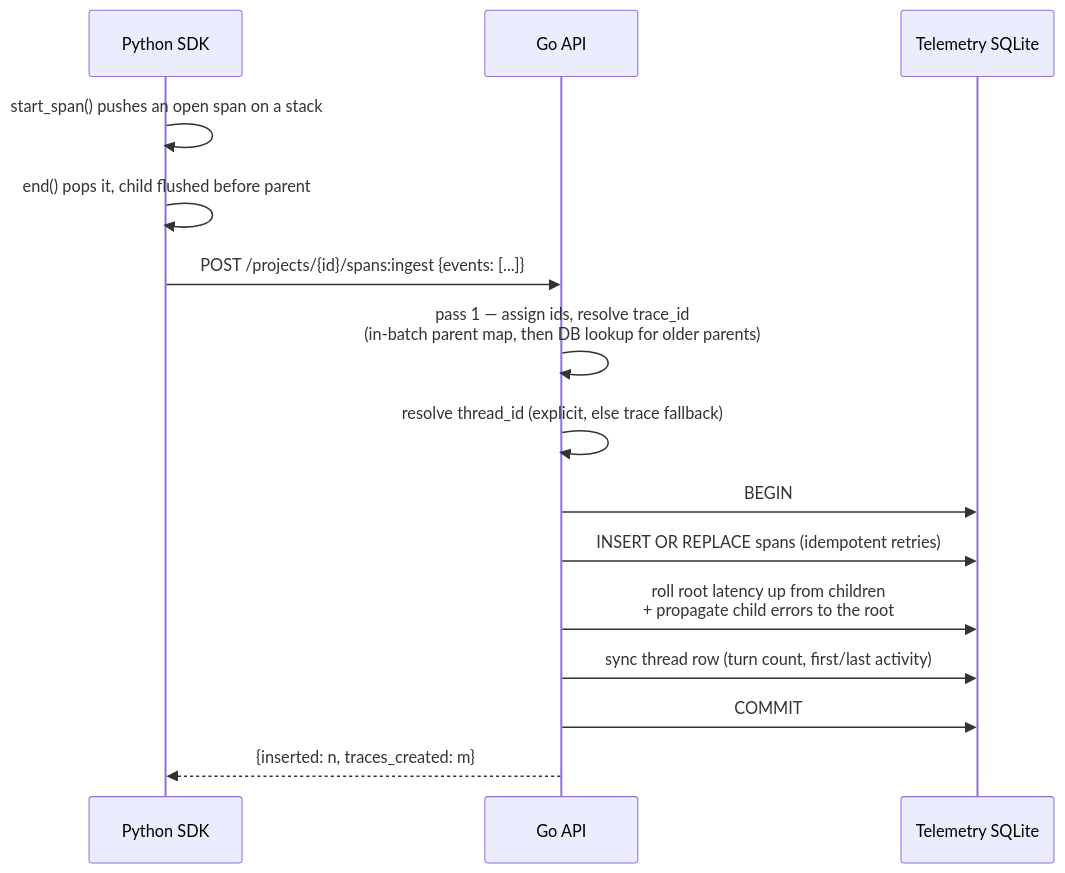
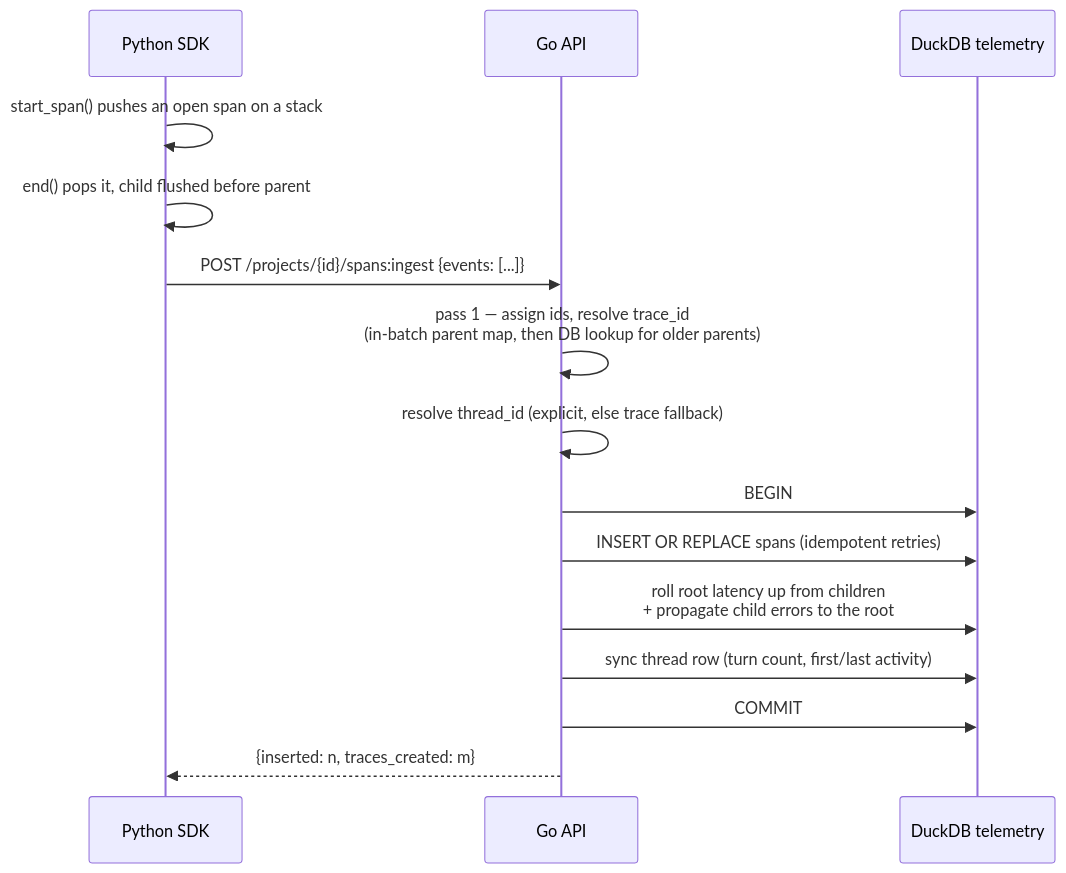
The second of 4 diagrams in ai-eval-platform/docs/ARCHITECTURE.md (archief2910/EvalForger), drawn with Mermaid before and after one commit. The commit also changed other lines of this file and 31 other files, not shown here.

````diff
--- a/ai-eval-platform/docs/ARCHITECTURE.md
+++ b/ai-eval-platform/docs/ARCHITECTURE.md
@@ -68,18 +69,18 @@
 ```mermaid
 sequenceDiagram
   participant SDK as Python SDK
   participant API as Go API
-  participant DB as Telemetry SQLite
+  participant DB as DuckDB telemetry
 
   SDK->>SDK: start_span() pushes an open span on a stack
   SDK->>SDK: end() pops it, child flushed before parent
   SDK->>API: POST /projects/{id}/spans:ingest {events: [...]}
   API->>API: pass 1 — assign ids, resolve trace_id<br/>(in-batch parent map, then DB lookup for older parents)
   API->>API: resolve thread_id (explicit, else trace fallback)
   API->>DB: BEGIN
   API->>DB: INSERT OR REPLACE spans (idempotent retries)
   API->>DB: roll root latency up from children<br/>+ propagate child errors to the root
   API->>DB: sync thread row (turn count, first/last activity)
   API->>DB: COMMIT
   API-->>SDK: {inserted: n, traces_created: m}
 ```
````
